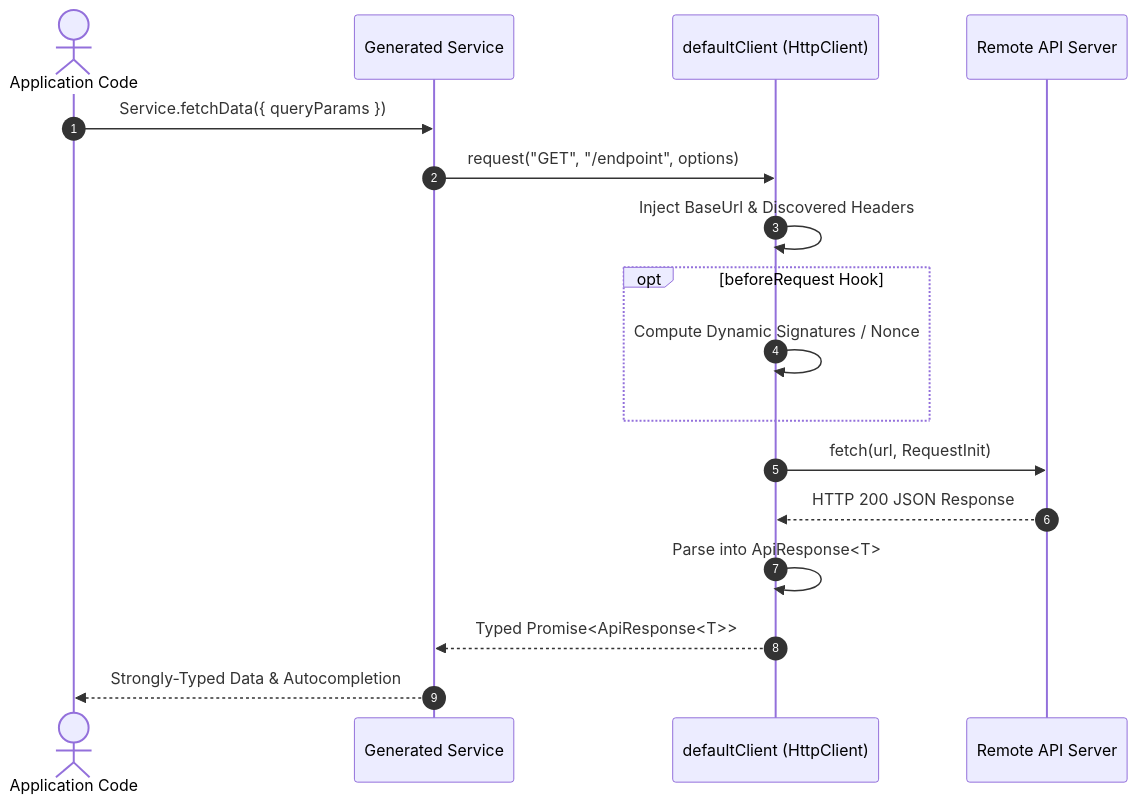
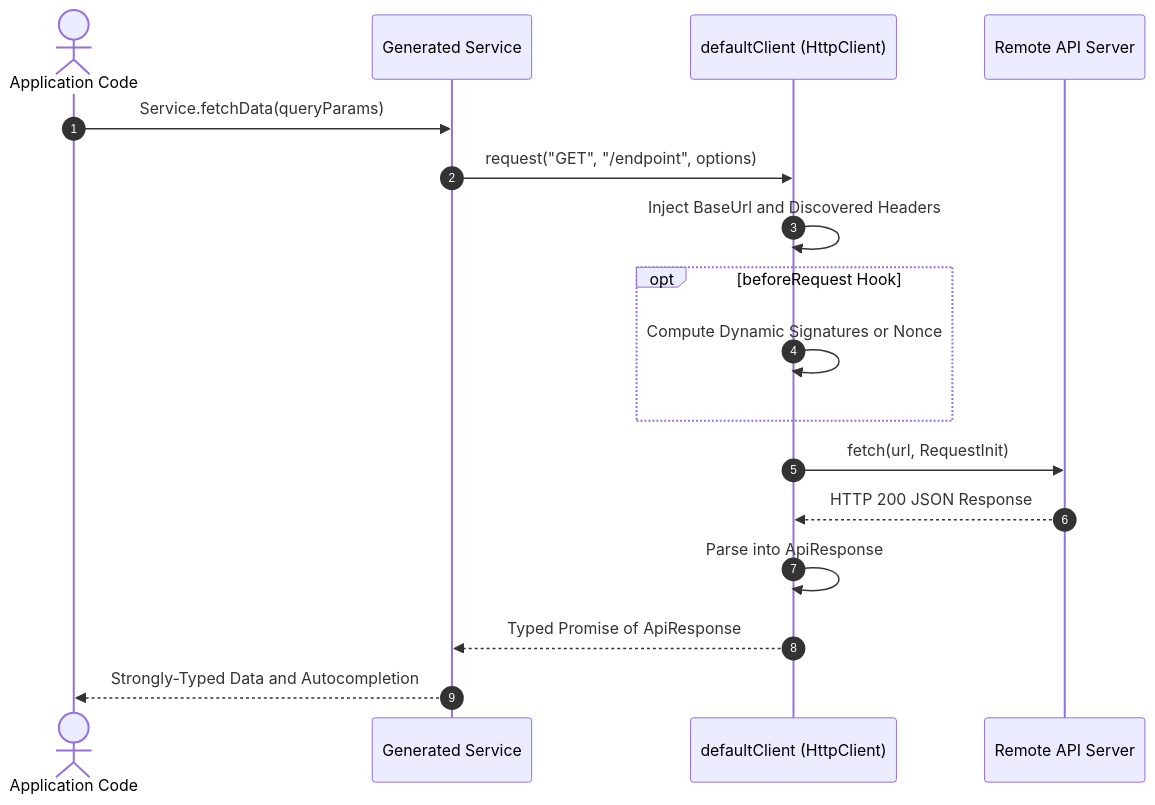
One commit to chahakshahcs5/retrofit-sdk-gen changed the diagram in docs/typescript.md. Above: the diagram before and after it, drawn with Mermaid. The commit also changed 13 other files, not shown here.

Commit message:
fix(docs): quote Mermaid edge labels and sanitize syntax for GitHub renderer

````diff
--- a/docs/typescript.md
+++ b/docs/typescript.md
@@ -45,20 +45,20 @@
 ```mermaid
 sequenceDiagram
     autonumber
     actor App as Application Code
     participant Service as Generated Service
     participant Client as defaultClient (HttpClient)
     participant API as Remote API Server
 
-    App->>Service: Service.fetchData({ queryParams })
+    App->>Service: Service.fetchData(queryParams)
     Service->>Client: request("GET", "/endpoint", options)
-    Client->>Client: Inject BaseUrl & Discovered Headers
+    Client->>Client: Inject BaseUrl and Discovered Headers
     opt beforeRequest Hook
-        Client->>Client: Compute Dynamic Signatures / Nonce
+        Client->>Client: Compute Dynamic Signatures or Nonce
     end
     Client->>API: fetch(url, RequestInit)
     API-->>Client: HTTP 200 JSON Response
-    Client->>Client: Parse into ApiResponse<T>
-    Client-->>Service: Typed Promise<ApiResponse<T>>
-    Service-->>App: Strongly-Typed Data & Autocompletion
+    Client->>Client: Parse into ApiResponse
+    Client-->>Service: Typed Promise of ApiResponse
+    Service-->>App: Strongly-Typed Data and Autocompletion
 ```
````
